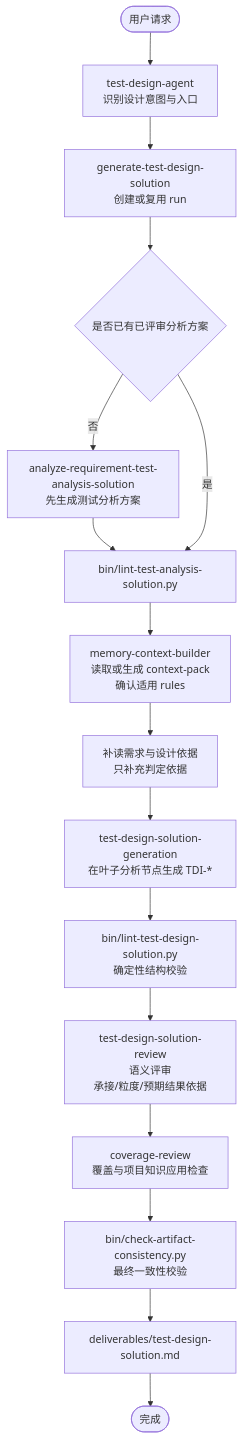
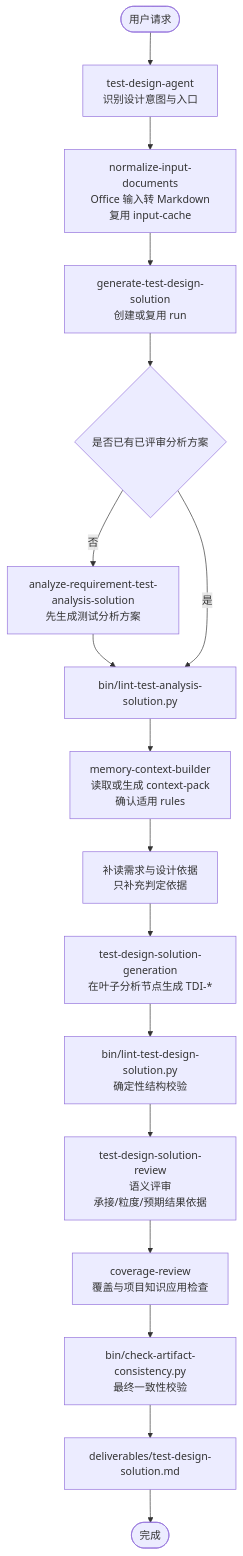
Before and after one commit to szluoqy-byte/Test-Analysis-Agent-MM: the diagram in docs/test-design-agent-design.md, drawn with Mermaid. The commit also changed other lines of this file and 28 other files, not shown here.

Commit message:
feat: add office input normalization

````diff
--- a/docs/test-design-agent-design.md
+++ b/docs/test-design-agent-design.md
@@ -79,19 +79,20 @@
 ```mermaid
 flowchart TD
   start(["用户请求"])
   start --> agent["test-design-agent<br/>识别设计意图与入口"]
-  agent --> main["generate-test-design-solution<br/>创建或复用 run"]
+  agent --> normalize["normalize-input-documents<br/>Office 输入转 Markdown<br/>复用 input-cache"]
+  normalize --> main["generate-test-design-solution<br/>创建或复用 run"]
   main --> hasAnalysis{"是否已有已评审分析方案"}
   hasAnalysis -- 否 --> analysis["analyze-requirement-test-analysis-solution<br/>先生成测试分析方案"]
   analysis --> analysisCheck["bin/lint-test-analysis-solution.py"]
   hasAnalysis -- 是 --> analysisCheck
   analysisCheck --> ctx["memory-context-builder<br/>读取或生成 context-pack<br/>确认适用 rules"]
   ctx --> basis["补读需求与设计依据<br/>只补充判定依据"]
   basis --> generation["test-design-solution-generation<br/>在叶子分析节点生成 TDI-*"]
   generation --> lint["bin/lint-test-design-solution.py<br/>确定性结构校验"]
   lint --> review["test-design-solution-review<br/>语义评审<br/>承接/粒度/预期结果依据"]
   review --> coverage["coverage-review<br/>覆盖与项目知识应用检查"]
   coverage --> consistency["bin/check-artifact-consistency.py<br/>最终一致性校验"]
   consistency --> output["deliverables/test-design-solution.md"]
   output --> finish(["完成"])
 ```
````
